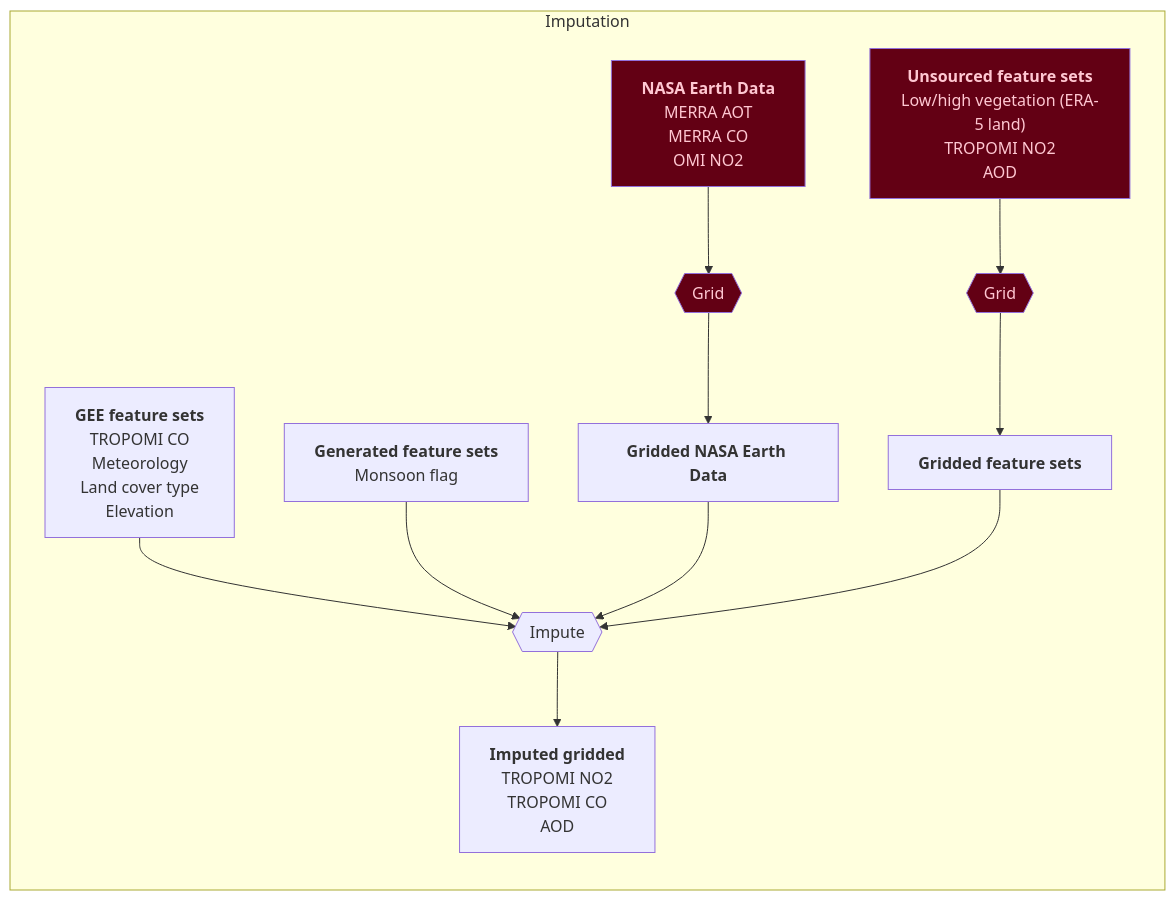
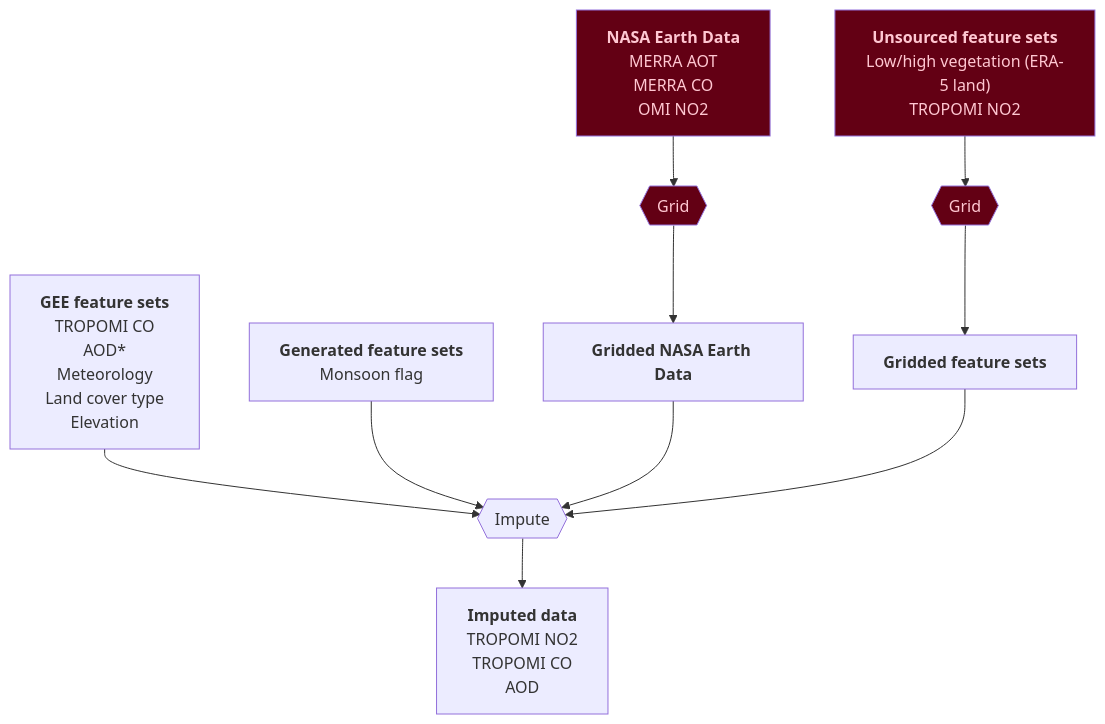
One commit to energyandcleanair/india_map changed the second of 3 diagrams in README.md. Above: the diagram before and after it, drawn with Mermaid. The commit also changed other lines of this file, not shown here.

Commit message:
Add more diagrams

````diff
--- a/README.md
+++ b/README.md
@@ -21,70 +52,66 @@
 ```mermaid
 %%{init: {"flowchart": {"htmlLabels": false}} }%%
 flowchart TB
-  subgraph Imputation
-    direction TB
+  direction TB
 
-    to_impute["`
-      **NASA Earth Data**
-      MERRA AOT
-      MERRA CO
-      OMI NO2
-    `"]
-    grid_to_impute{{"Grid"}}
-    gridded_to_impute["`
-      **Gridded NASA Earth Data**
-    `"]
+  to_impute["`
+    **NASA Earth Data**
+    MERRA AOT
+    MERRA CO
+    OMI NO2
+  `"]
+  grid_to_impute{{"Grid"}}
+  gridded_to_impute["`
+    **Gridded NASA Earth Data**
+  `"]
 
-    gee_feature_sets["`
-      **GEE feature sets**
-      TROPOMI CO
-      Meteorology
-      Land cover type
-      Elevation
-    `"]
+  gee_feature_sets["`
+    **GEE feature sets**
+    TROPOMI CO
+    AOD*
+    Meteorology
+    Land cover type
+    Elevation
+  `"]
 
 
-    feature_sets["`
-      **Unsourced feature sets**
-      Low/high vegetation (ERA-5 land)
-      TROPOMI NO2
-      AOD
-    `"]
-    grid_feature_sets{{"Grid"}}
-    gridded_feature_sets["`
-      **Gridded feature sets**
-    `"]
+  feature_sets["`
+    **Unsourced feature sets**
+    Low/high vegetation (ERA-5 land)
+    TROPOMI NO2
+  `"]
+  grid_feature_sets{{"Grid"}}
+  gridded_feature_sets["`
+    **Gridded feature sets**
+  `"]
 
-    generated_feature_sets["`
-      **Generated feature sets**
-      Monsoon flag
-    `"]
+  generated_feature_sets["`
+    **Generated feature sets**
+    Monsoon flag
+  `"]
 
-    imputation{{Impute}}
+  imputation{{Impute}}
 
-    imputed_data["`
-      **Imputed gridded**
-      TROPOMI NO2
-      TROPOMI CO
-      AOD
-    `"]
+  imputed_data["`
+    **Imputed data**
+    TROPOMI NO2
+    TROPOMI CO
+    AOD
+  `"]
 
-    to_impute --> grid_to_impute --> gridded_to_impute
+  to_impute --> grid_to_impute --> gridded_to_impute
 
-    feature_sets --> grid_feature_sets --> gridded_feature_sets
+  feature_sets --> grid_feature_sets --> gridded_feature_sets
 
-    gee_feature_sets --> imputation
-    generated_feature_sets --> imputation
-    gridded_to_impute --> imputation
-    gridded_feature_sets --> imputation
+  gee_feature_sets --> imputation
+  generated_feature_sets --> imputation
+  gridded_to_impute --> imputation
+  gridded_feature_sets --> imputation
 
-    imputation --> imputed_data
-  
-  end
+  imputation --> imputed_data
 
   classDef missing fill:#630014,color:#ffc7d2;
 
   class to_impute,grid_to_impute,feature_sets,grid_feature_sets missing
 
-
 ```
````
